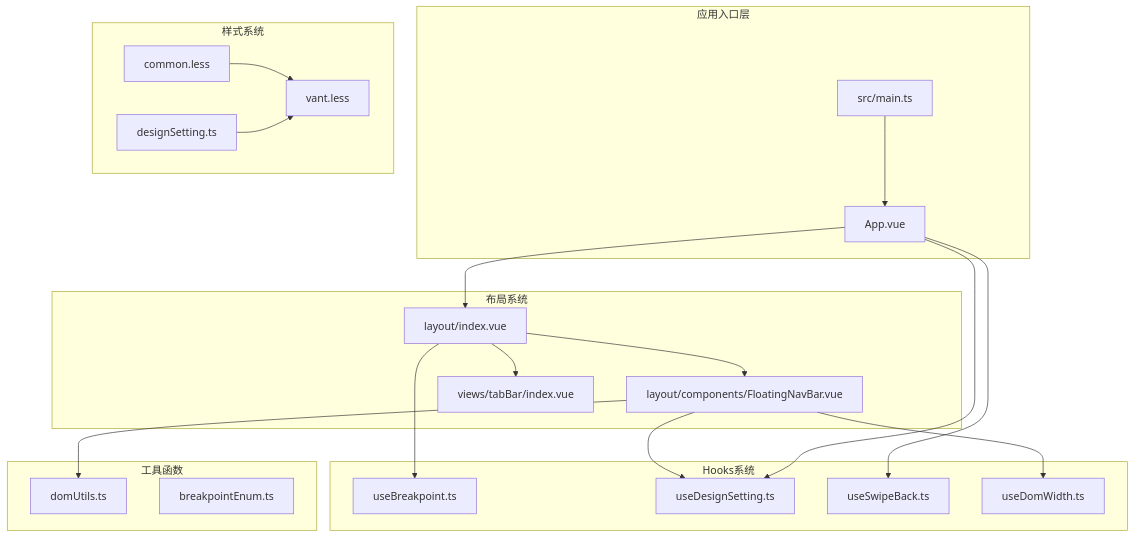
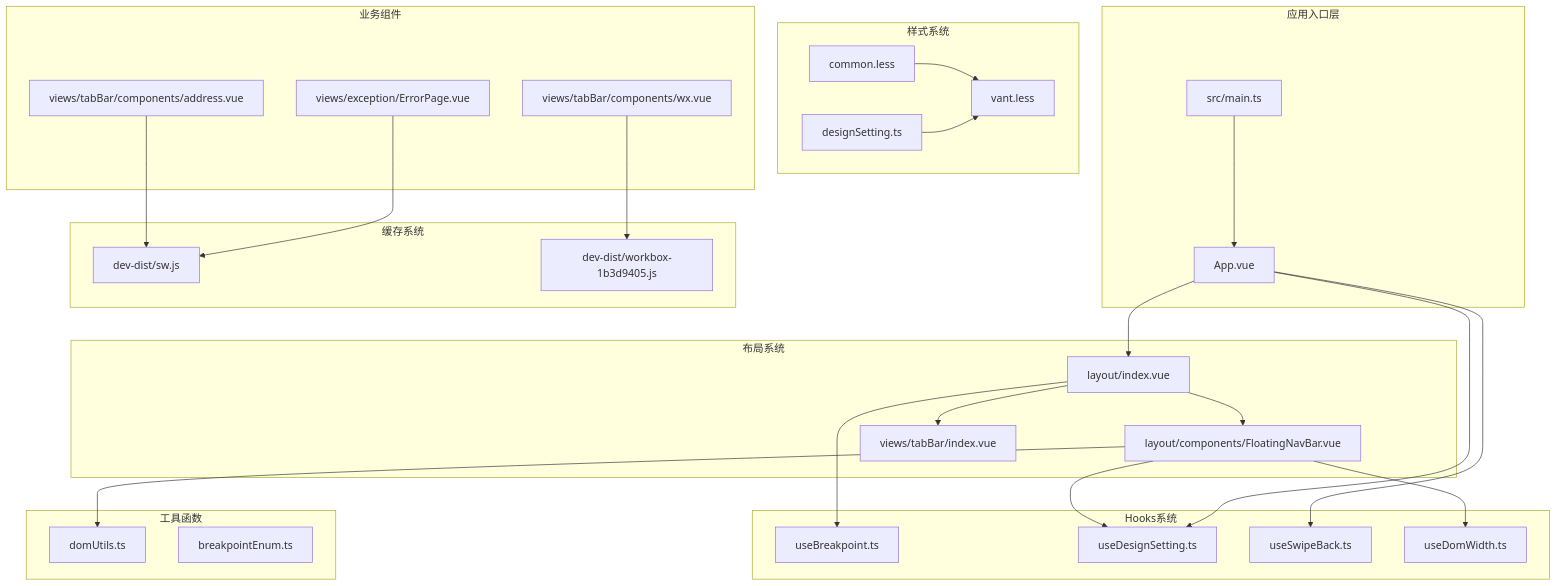
One commit to giserman001/vue3-vant4-mobile changed the first of 10 diagrams in .qoder/repowiki/zh/content/UI组件系统/移动端UI优化.md. Above: the diagram before and after it, drawn with Mermaid. The commit also changed other lines of this file and 13 other files, not shown here.

````diff
--- a/.qoder/repowiki/zh/content/UI组件系统/移动端UI优化.md
+++ b/.qoder/repowiki/zh/content/UI组件系统/移动端UI优化.md
@@ -41,39 +61,51 @@
 ```mermaid
 graph TB
 subgraph "应用入口层"
 Main[src/main.ts]
 App[App.vue]
 end
 subgraph "布局系统"
 Layout[layout/index.vue]
 FloatingNav[layout/components/FloatingNavBar.vue]
 TabBar[views/tabBar/index.vue]
 end
 subgraph "Hooks系统"
 Breakpoint[useBreakpoint.ts]
 DesignSetting[useDesignSetting.ts]
 SwipeBack[useSwipeBack.ts]
 DomWidth[useDomWidth.ts]
 end
 subgraph "样式系统"
 Common[common.less]
 Vant[vant.less]
 Design[designSetting.ts]
 end
 subgraph "工具函数"
 DomUtils[domUtils.ts]
 Enums[breakpointEnum.ts]
 end
+subgraph "业务组件"
+Address[views/tabBar/components/address.vue]
+ErrorPage[views/exception/ErrorPage.vue]
+WX[views/tabBar/components/wx.vue]
+end
+subgraph "缓存系统"
+SW[dev-dist/sw.js]
+Workbox[dev-dist/workbox-1b3d9405.js]
+end
 Main --> App
 App --> Layout
 Layout --> FloatingNav
 Layout --> TabBar
 FloatingNav --> DesignSetting
 FloatingNav --> DomWidth
 Layout --> Breakpoint
 App --> DesignSetting
 App --> SwipeBack
 FloatingNav --> DomUtils
 Common --> Vant
 Design --> Vant
+Address --> SW
+ErrorPage --> SW
+WX --> Workbox
 ```
````
